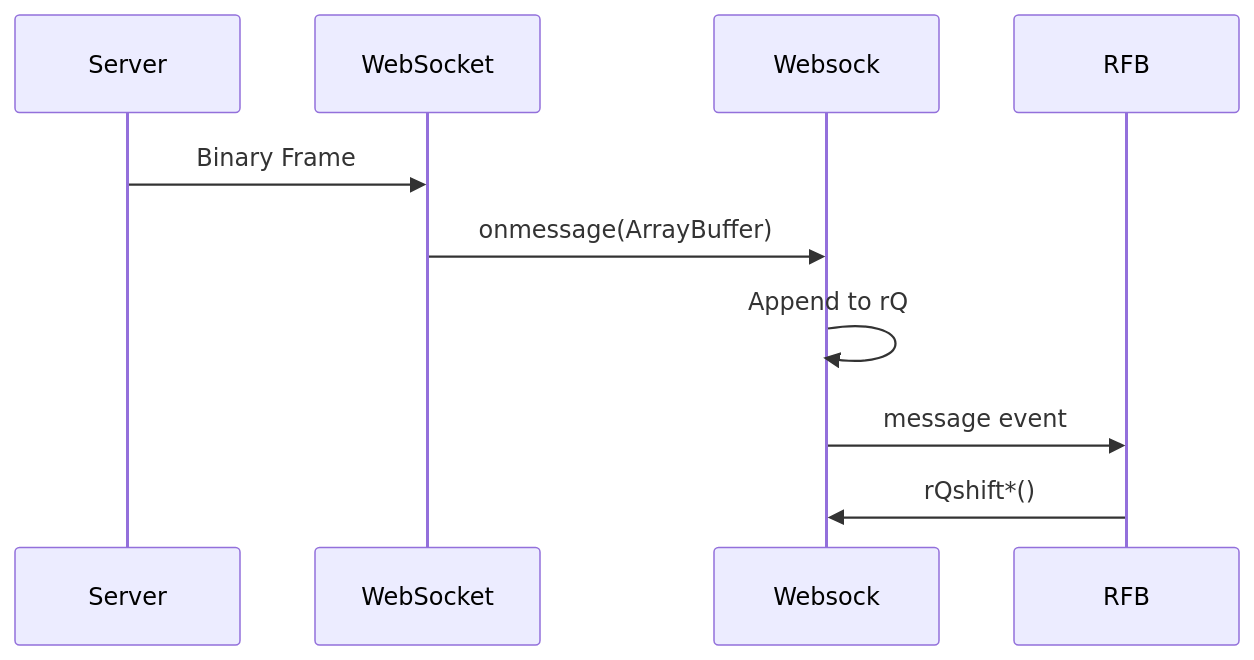
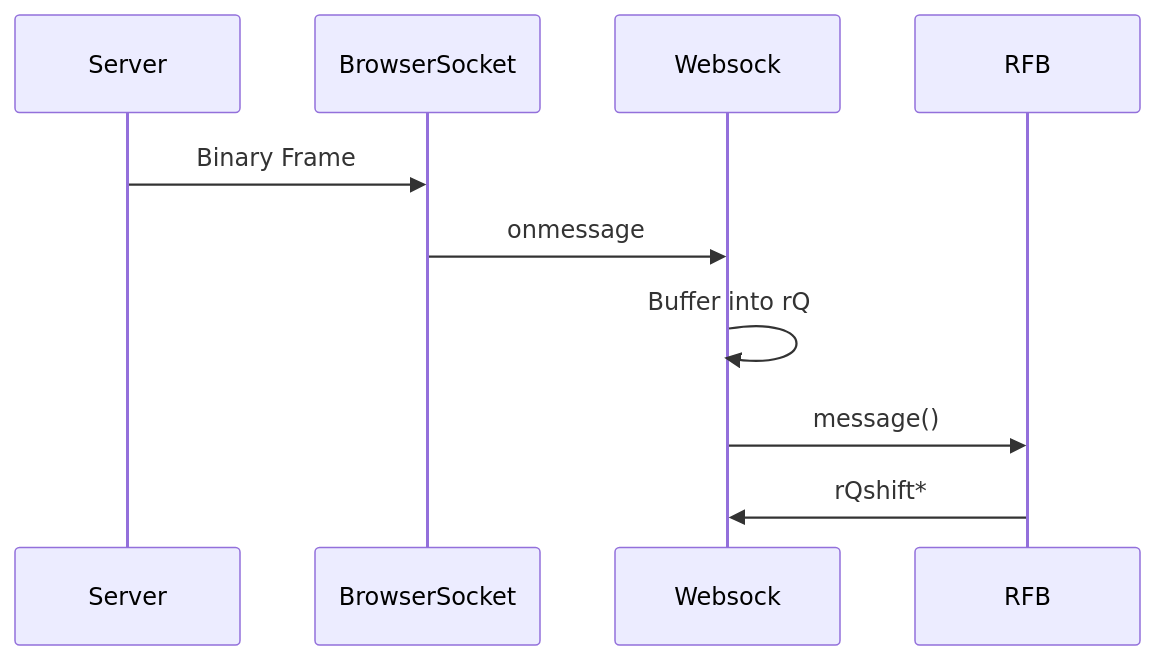
One commit to Ylianst/MeshCentral changed the seventh of 7 diagrams in docs/reference/architecture/websock/websock.md. Above: the diagram before and after it, drawn with Mermaid. The commit also changed other lines of this file and 642 other files, not shown here.

````diff
--- a/docs/reference/architecture/websock/websock.md
+++ b/docs/reference/architecture/websock/websock.md
@@ -267,13 +228,13 @@
 ```mermaid
 sequenceDiagram
     participant Server
-    participant WS as WebSocket
+    participant BrowserSocket
     participant Websock
     participant RFB
 
-    Server->>WS: Binary Frame
-    WS->>Websock: onmessage(ArrayBuffer)
-    Websock->>Websock: Append to rQ
-    Websock->>RFB: message event
-    RFB->>Websock: rQshift*()
+    Server->>BrowserSocket: Binary Frame
+    BrowserSocket->>Websock: onmessage
+    Websock->>Websock: Buffer into rQ
+    Websock->>RFB: message()
+    RFB->>Websock: rQshift*
 ```
````
